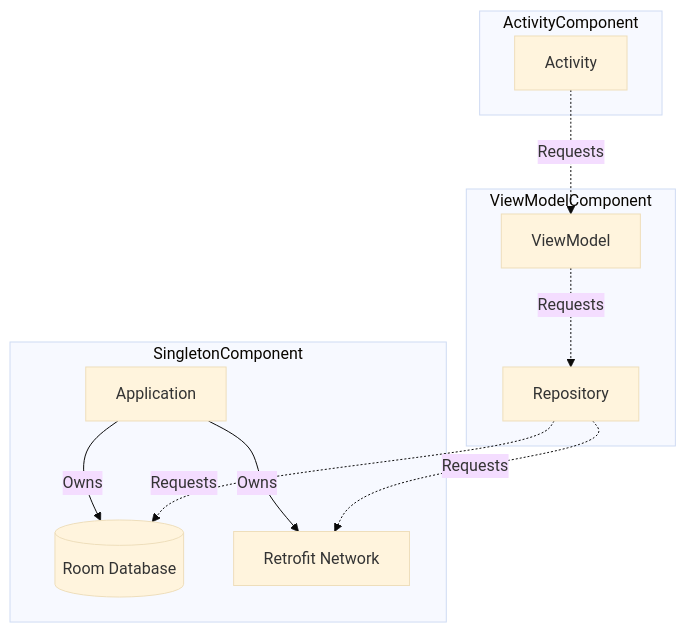
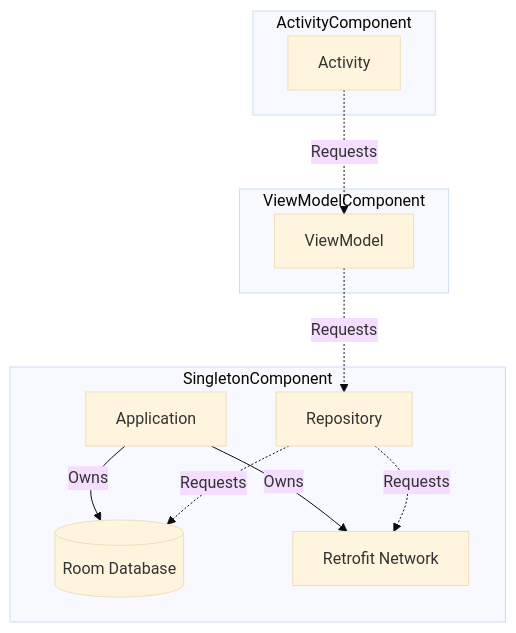
One commit to swarnsingh/android-staff-engineer-playbook-website changed the diagram in android/data-and-di/dependency-injection.md. Above: the diagram before and after it, drawn with Mermaid (base theme). The commit also changed other lines of this file and 142 other files, not shown here.

````diff
--- a/android/data-and-di/dependency-injection.md
+++ b/android/data-and-di/dependency-injection.md
@@ -56,26 +56,26 @@
 ```mermaid
 graph TD
     subgraph "SingletonComponent"
         App[Application]
         DB[(Room Database)]
         Net[Retrofit Network]
+        Repo[Repository]
     end
     
     subgraph "ViewModelComponent"
         VM[ViewModel]
-        Repo[Repository]
     end
     
     subgraph "ActivityComponent"
         Act[Activity]
     end
     
     App -->|Owns| DB
     App -->|Owns| Net
     
     VM -.->|Requests| Repo
     Repo -.->|Requests| DB
     Repo -.->|Requests| Net
     
     Act -.->|Requests| VM
 ```
````
